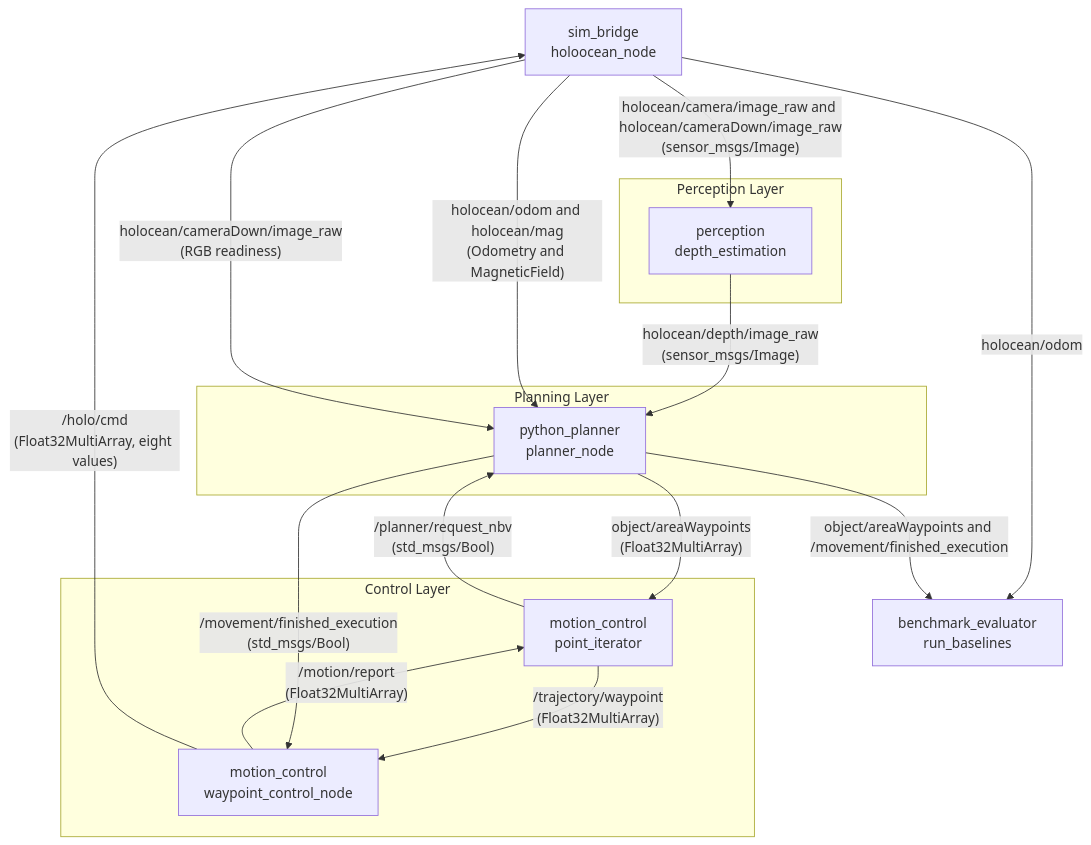
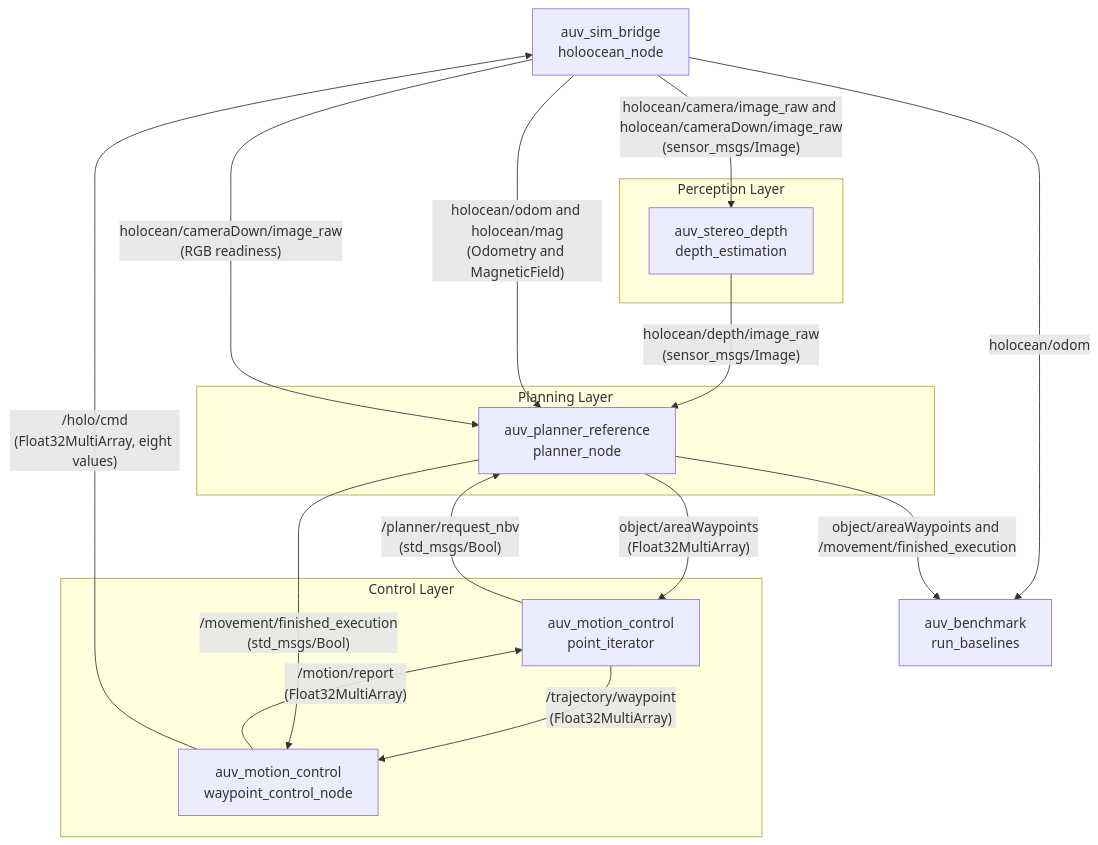
One commit to metinegearal/auv-nbv-inspection changed the first of 2 diagrams in src/docs/new_arch/exploration_pipeline_mechanics.md. Above: the diagram before and after it, drawn with Mermaid. The commit also changed other lines of this file and 455 other files, not shown here.

````diff
--- a/src/docs/new_arch/exploration_pipeline_mechanics.md
+++ b/src/docs/new_arch/exploration_pipeline_mechanics.md
@@ -9,31 +9,31 @@
 ```mermaid
 graph TD
-    SB[sim_bridge<br/>holoocean_node]
-    BE[benchmark_evaluator<br/>run_baselines]
+    SB[auv_sim_bridge<br/>holoocean_node]
+    BE[auv_benchmark<br/>run_baselines]
     subgraph Control Layer
-        WC[motion_control<br/>waypoint_control_node]
-        PI[motion_control<br/>point_iterator]
+        WC[auv_motion_control<br/>waypoint_control_node]
+        PI[auv_motion_control<br/>point_iterator]
     end
 
     subgraph Perception Layer
-        DE[perception<br/>depth_estimation]
+        DE[auv_stereo_depth<br/>depth_estimation]
     end
 
     subgraph Planning Layer
-        PN[python_planner<br/>planner_node]
+        PN[auv_planner_reference<br/>planner_node]
     end
 
     DE -- "holocean/depth/image_raw<br/>(sensor_msgs/Image)" --> PN
     WC -- "/motion/report<br/>(Float32MultiArray)" --> PI
     PI -- "/trajectory/waypoint<br/>(Float32MultiArray)" --> WC
     
     PI -- "/planner/request_nbv<br/>(std_msgs/Bool)" --> PN
     PN -- "object/areaWaypoints<br/>(Float32MultiArray)" --> PI
     PN -- "/movement/finished_execution<br/>(std_msgs/Bool)" --> WC
     SB -- "holocean/camera/image_raw and holocean/cameraDown/image_raw<br/>(sensor_msgs/Image)" --> DE
     SB -- "holocean/odom and holocean/mag<br/>(Odometry and MagneticField)" --> PN
     SB -- "holocean/cameraDown/image_raw<br/>(RGB readiness)" --> PN
     WC -- "/holo/cmd<br/>(Float32MultiArray, eight values)" --> SB
     SB -- "holocean/odom" --> BE
     PN -- "object/areaWaypoints and /movement/finished_execution" --> BE
 ```
````
